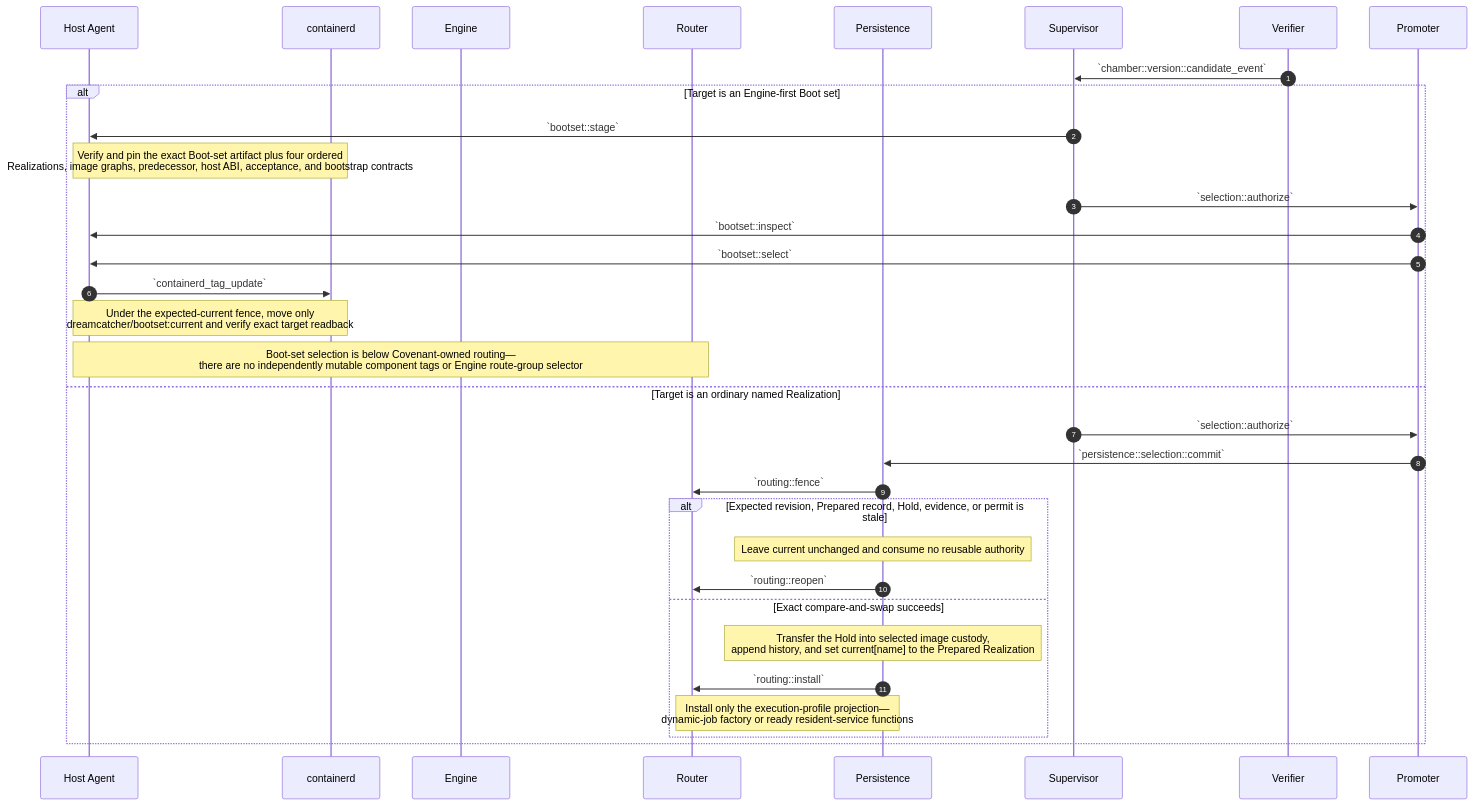
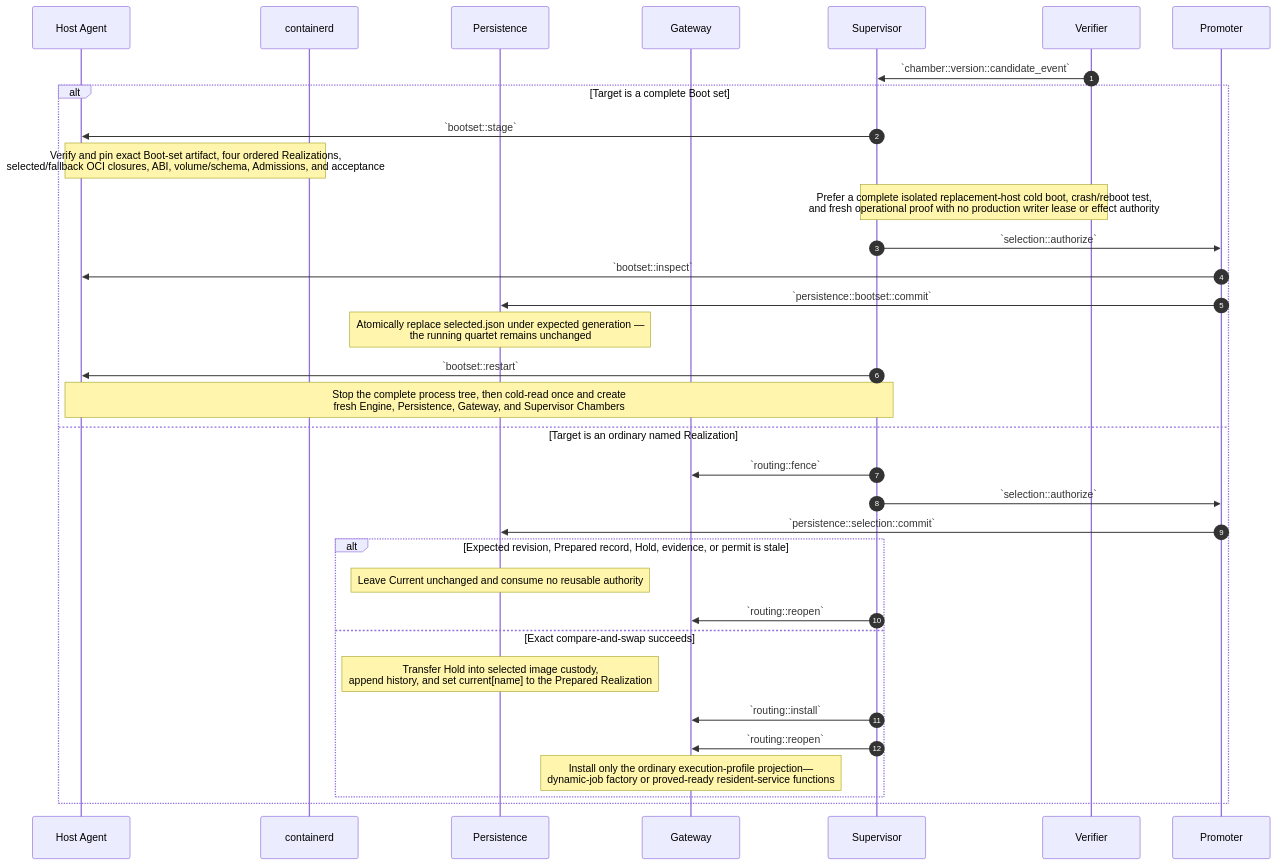
Before and after one commit to dreamcatcher-tech/chambers-lifecycle-explorer: diagram 13 of 18 in source/chambers-lifecycle-sequences.md, drawn with Mermaid. The commit also changed other lines of this file and 9 other files, not shown here.

Commit message:
docs: project simplified boot-set lifecycle

````diff
--- a/source/chambers-lifecycle-sequences.md
+++ b/source/chambers-lifecycle-sequences.md
@@ -1350,36 +1470,37 @@
 ```mermaid
 sequenceDiagram
     autonumber
     participant HostAgent as Host Agent
     participant containerd
-    participant Engine
-    participant Router as Router
     participant Persistence
+    participant Gateway
     participant Supervisor
     participant Verifier
     participant Promoter
 
     Verifier->>Supervisor: `chamber::version::candidate_event`
-    alt Target is an Engine-first Boot set
+    alt Target is a complete Boot set
         Supervisor->>HostAgent: `bootset::stage`
-        Note over HostAgent,containerd: Verify and pin the exact Boot-set artifact plus four ordered<br/>Realizations, image graphs, predecessor, host ABI, acceptance, and bootstrap contracts
+        Note over HostAgent,containerd: Verify and pin exact Boot-set artifact, four ordered Realizations,<br/>selected/fallback OCI closures, ABI, volume/schema, Admissions, and acceptance
+        Note over Supervisor,Verifier: Prefer a complete isolated replacement-host cold boot, crash/reboot test,<br/>and fresh operational proof with no production writer lease or effect authority
         Supervisor->>Promoter: `selection::authorize`
         Promoter->>HostAgent: `bootset::inspect`
-        Promoter->>HostAgent: `bootset::select`
-        HostAgent->>containerd: `containerd_tag_update`
-        Note over HostAgent,containerd: Under the expected-current fence, move only<br/>dreamcatcher/bootset:current and verify exact target readback
-        Note over HostAgent,Router: Boot-set selection is below Covenant-owned routing—<br/>there are no independently mutable component tags or Engine route-group selector
+        Promoter->>Persistence: `persistence::bootset::commit`
+        Note over Persistence: Atomically replace selected.json under expected generation —<br/>the running quartet remains unchanged
+        Supervisor->>HostAgent: `bootset::restart`
+        Note over HostAgent,Supervisor: Stop the complete process tree, then cold-read once and create<br/>fresh Engine, Persistence, Gateway, and Supervisor Chambers
     else Target is an ordinary named Realization
+        Supervisor->>Gateway: `routing::fence`
         Supervisor->>Promoter: `selection::authorize`
         Promoter->>Persistence: `persistence::selection::commit`
-        Persistence->>Router: `routing::fence`
         alt Expected revision, Prepared record, Hold, evidence, or permit is stale
-            Note over Persistence: Leave current unchanged and consume no reusable authority
-            Persistence->>Router: `routing::reopen`
+            Note over Persistence: Leave Current unchanged and consume no reusable authority
+            Supervisor->>Gateway: `routing::reopen`
         else Exact compare-and-swap succeeds
-            Note over Persistence: Transfer the Hold into selected image custody,<br/>append history, and set current[name] to the Prepared Realization
-            Persistence->>Router: `routing::install`
-            Note over Persistence,Router: Install only the execution-profile projection—<br/>dynamic-job factory or ready resident-service functions
+            Note over Persistence: Transfer Hold into selected image custody,<br/>append history, and set current[name] to the Prepared Realization
+            Supervisor->>Gateway: `routing::install`
+            Supervisor->>Gateway: `routing::reopen`
+            Note over Gateway: Install only the ordinary execution-profile projection—<br/>dynamic-job factory or proved-ready resident-service functions
         end
     end
 ```
````
